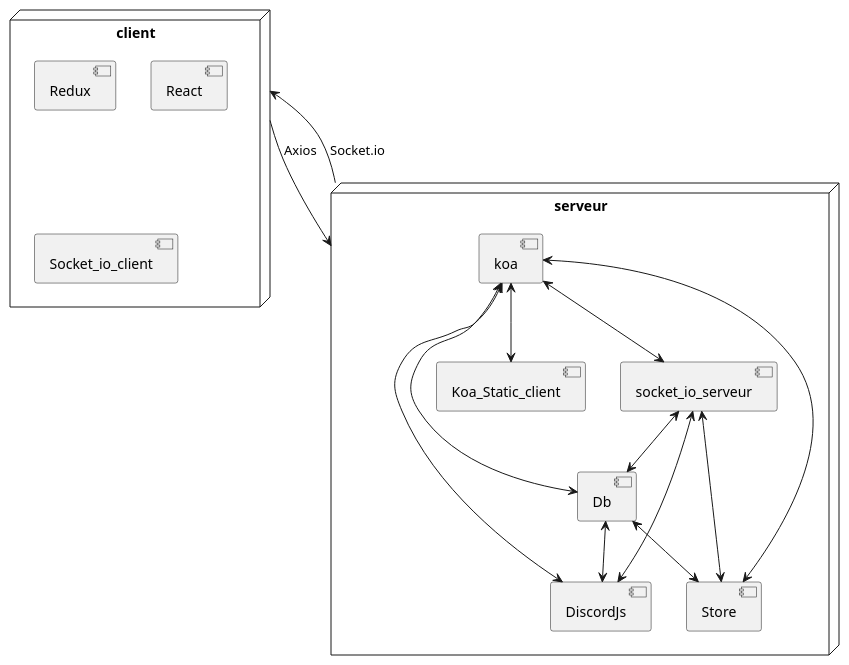
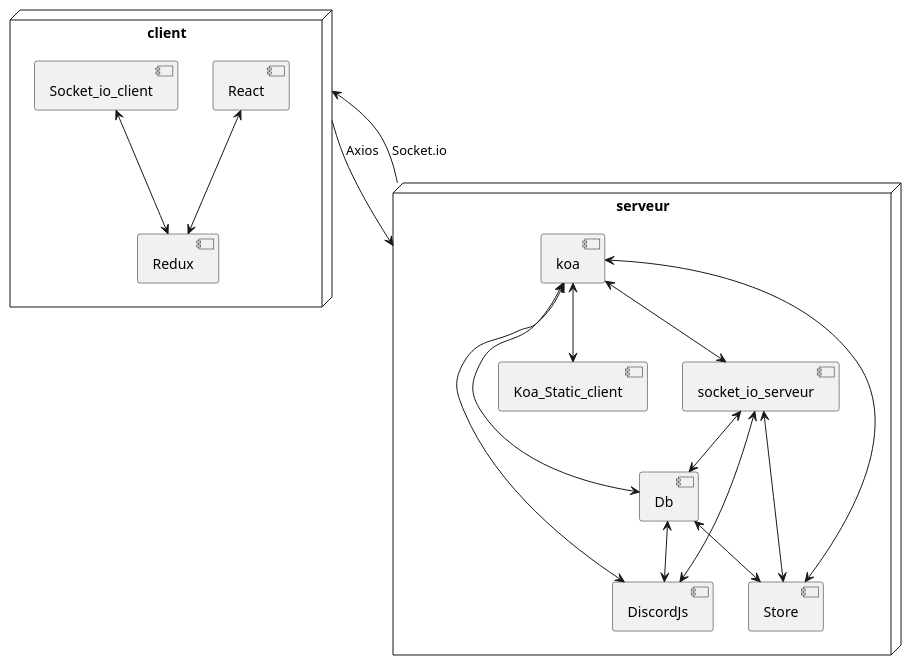
Before and after one commit to batleforc/UnlabeledProject: the diagram in Annalyse/v1_infra.puml, drawn with PlantUML.

Commit message:
[add] ajout dans la v1 de l'annalyse les lien client

```diff
--- a/Annalyse/v1_infra.puml
+++ b/Annalyse/v1_infra.puml
@@ -1,31 +1,34 @@
 @startuml v1 infra
 node client{
   component Redux
   component React
   component Socket_io_client
 }
 
 node serveur{
   component socket_io_serveur
   component koa
   component DiscordJs
   component Koa_Static_client
   component Store
   component Db
 }
 
+React <--> Redux
+Socket_io_client <--> Redux
+
 koa <--> socket_io_serveur
 koa <--> DiscordJs
 koa <--> Store
 koa <--> Db
 koa <--> Koa_Static_client
 Db <--> Store
 Db <--> DiscordJs
 socket_io_serveur <--> DiscordJs
 socket_io_serveur <--> Store
 socket_io_serveur <--> Db
 
 client --> serveur : Axios
 serveur --> client : Socket.io
 
 @enduml
```
